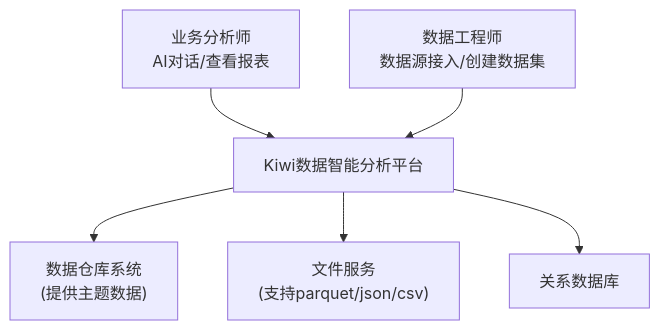
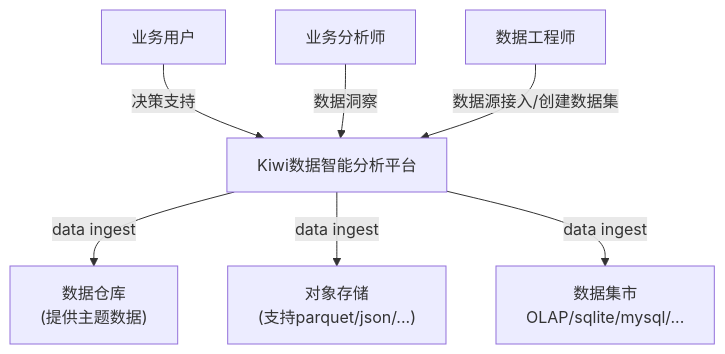
One commit to carmhuo/kiwi-agent changed the fourth of 19 diagrams in docs/PRD.md. Above: the diagram before and after it, drawn with Mermaid. The commit also changed other lines of this file and 1 other file, not shown here.

````diff
--- a/docs/PRD.md
+++ b/docs/PRD.md
@@ -254,10 +284,11 @@
 ```mermaid
 graph TD
 %% 用户角色
-    customer["业务分析师<br>AI对话/查看报表"] --> Kiwi
-    admin["数据工程师<br>数据源接入/创建数据集"] --> Kiwi
+    biz_customer["业务用户"] -->|决策支持| Kiwi
+    ba_customer["业务分析师"] -->|数据洞察| Kiwi
+    admin["数据工程师"] -->|数据源接入/创建数据集| Kiwi
 %% 外部系统
-    Kiwi["Kiwi数据智能分析平台"] --> DataWarehouse["数据仓库系统<br>(提供主题数据)"]
-    Kiwi --> FilePlatform["文件服务<br>(支持parquet/json/csv)"]
-    Kiwi --> DatAPI["关系数据库"]
+    Kiwi["Kiwi数据智能分析平台"] -->|data ingest| DataWarehouse["数据仓库<br>(提供主题数据)"]
+    Kiwi -->|data ingest| FilePlatform["对象存储<br>(支持parquet/json/...)"]
+    Kiwi -->|data ingest| DatAPI["数据集市<br>OLAP/sqlite/mysql/..."]
 ```
````
